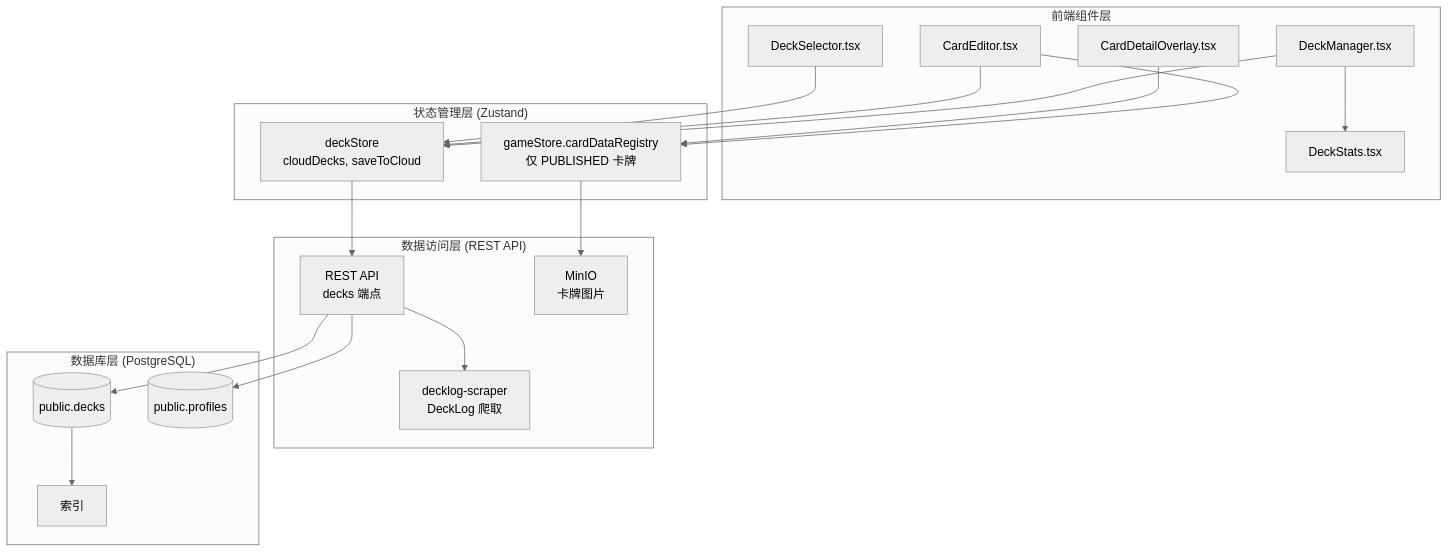
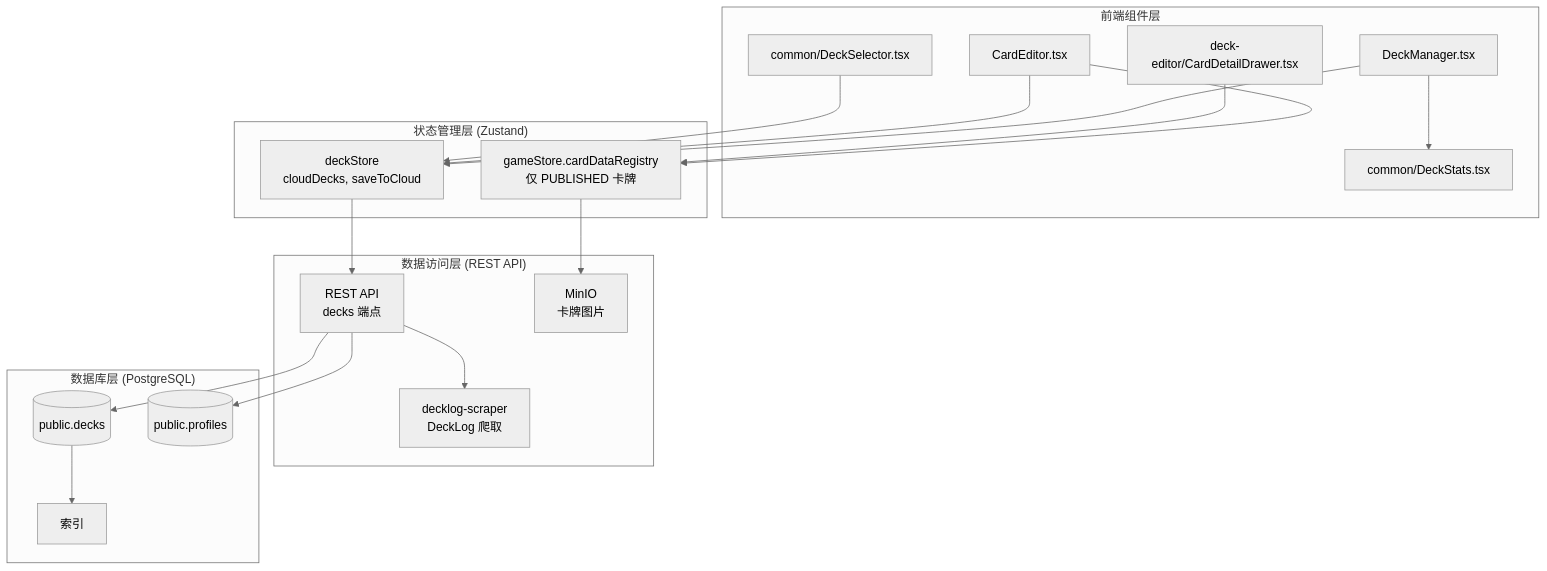
The first of 4 diagrams in docs/deck-management/design.md (catmeow123456/loveca-dev), drawn with Mermaid (neutral theme) before and after one commit. The commit also changed other lines of this file and 13 other files, not shown here.

````diff
--- a/docs/deck-management/design.md
+++ b/docs/deck-management/design.md
@@ -10,40 +10,40 @@
 ```mermaid
 flowchart TB
     subgraph Frontend["前端组件层"]
         DM[DeckManager.tsx]
         CE[CardEditor.tsx]
-        CDO[CardDetailOverlay.tsx]
-        DST[DeckStats.tsx]
-        DSE[DeckSelector.tsx]
+        CDD[deck-editor/CardDetailDrawer.tsx]
+        DST[common/DeckStats.tsx]
+        DSE[common/DeckSelector.tsx]
     end
 
     subgraph State["状态管理层 (Zustand)"]
         DS[deckStore<br/>cloudDecks, saveToCloud]
         GDR[gameStore.cardDataRegistry<br/>仅 PUBLISHED 卡牌]
     end
 
     subgraph DataAccess["数据访问层 (REST API)"]
         SB1[REST API<br/>decks 端点]
         SB2[MinIO<br/>卡牌图片]
         DLS[decklog-scraper<br/>DeckLog 爬取]
     end
 
     subgraph Database["数据库层 (PostgreSQL)"]
         DECKS[(public.decks)]
         PROFILES[(public.profiles)]
         IDX[索引]
     end
 
     DM --> DS
     DM --> DST
     CE --> DS
     CE --> GDR
-    CDO --> GDR
+    CDD --> GDR
     DSE --> DS
     DS --> SB1
     SB1 --> DLS
     GDR --> SB2
     SB1 --> DECKS
     SB1 --> PROFILES
     DECKS --> IDX
 ```
````
